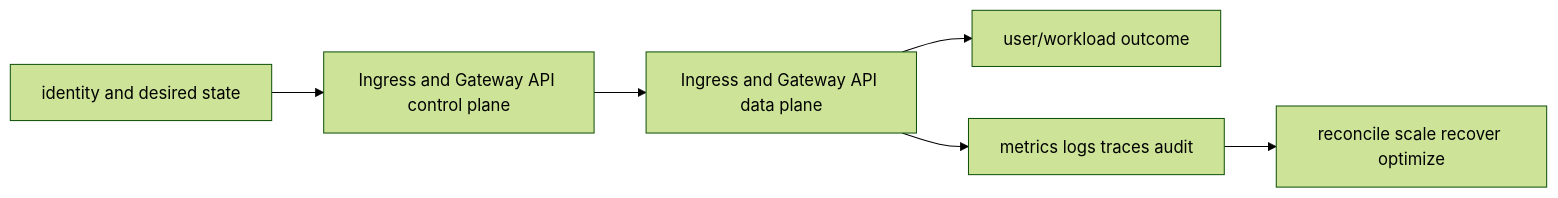
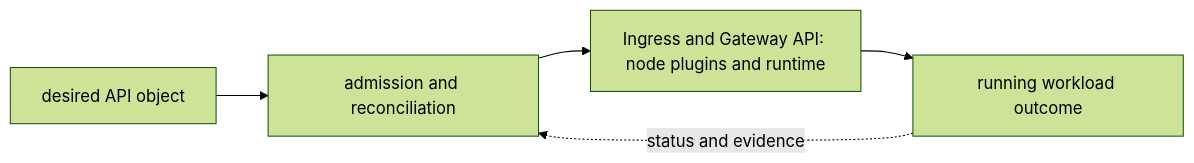
One commit to tomkidumbuyo/DevOps-interview-preparation changed the diagram in 06-kubernetes/03-networking/04-ingress-gateway-api/README.md. Above: the diagram before and after it, drawn with Mermaid (forest theme). The commit also changed other lines of this file and 753 other files, not shown here.

````diff
--- a/06-kubernetes/03-networking/04-ingress-gateway-api/README.md
+++ b/06-kubernetes/03-networking/04-ingress-gateway-api/README.md
@@ -19,8 +31,7 @@
 ```mermaid
 flowchart LR
-  I[identity and desired state] --> C[Ingress and Gateway API control plane]
-  C --> D[Ingress and Gateway API data plane]
-  D --> U[user/workload outcome]
-  D --> O[metrics logs traces audit]
-  O --> R[reconcile scale recover optimize]
+  A["desired API object"] --> B["admission and reconciliation"]
+  B --> C["Ingress and Gateway API: node plugins and runtime"]
+  C --> D["running workload outcome"]
+  D -. "status and evidence" .-> B
 ```
````
